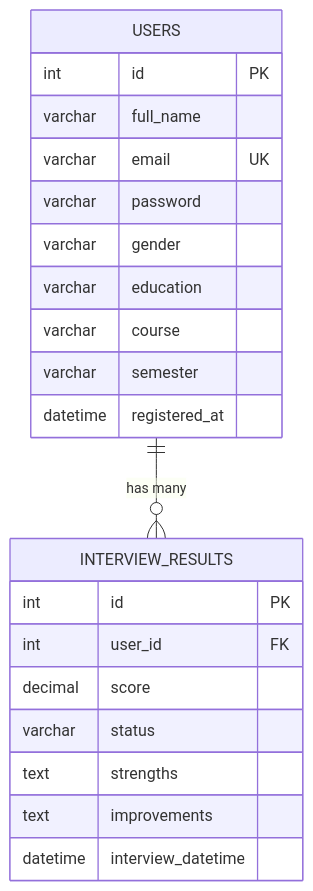
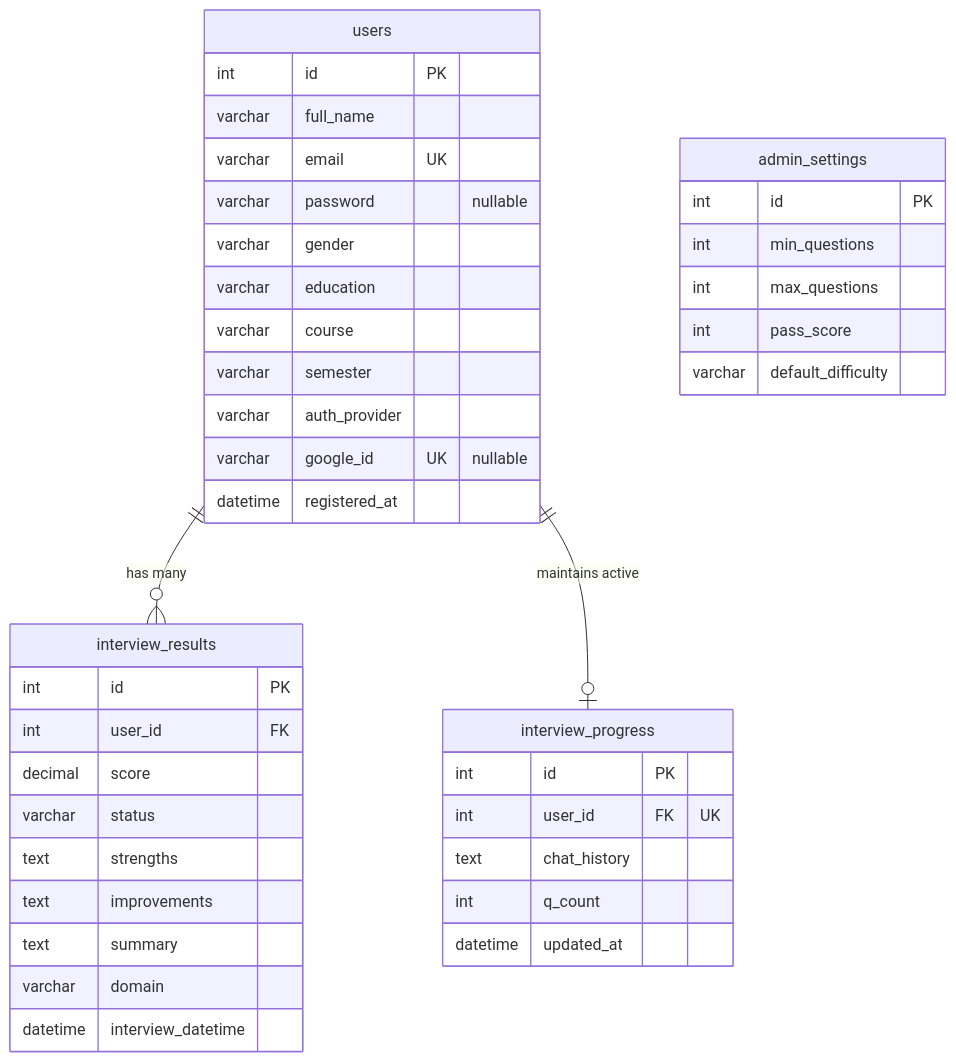
One commit to MR360-TECH/AI_INTERVIEW_PLATFORM changed the second of 2 diagrams in README.md. Above: the diagram before and after it, drawn with Mermaid. The commit also changed other lines of this file, not shown here.

Commit message:
Update features, database schema overview, and ER diagram in README.md

````diff
--- a/README.md
+++ b/README.md
@@ -121,26 +126,47 @@
 ```mermaid
 erDiagram
-    USERS ||--o{ INTERVIEW_RESULTS : "has many"
+    users ||--o{ interview_results : "has many"
+    users ||--o| interview_progress : "maintains active"
 
-    USERS {
+    users {
         int id PK
         varchar full_name
         varchar email UK
-        varchar password
+        varchar password "nullable"
         varchar gender
         varchar education
         varchar course
         varchar semester
+        varchar auth_provider
+        varchar google_id UK "nullable"
         datetime registered_at
     }
 
-    INTERVIEW_RESULTS {
+    interview_results {
         int id PK
         int user_id FK
         decimal score
         varchar status
         text strengths
         text improvements
+        text summary
+        varchar domain
         datetime interview_datetime
     }
+
+    interview_progress {
+        int id PK
+        int user_id FK "UK"
+        text chat_history
+        int q_count
+        datetime updated_at
+    }
+
+    admin_settings {
+        int id PK
+        int min_questions
+        int max_questions
+        int pass_score
+        varchar default_difficulty
+    }
 ```
````
